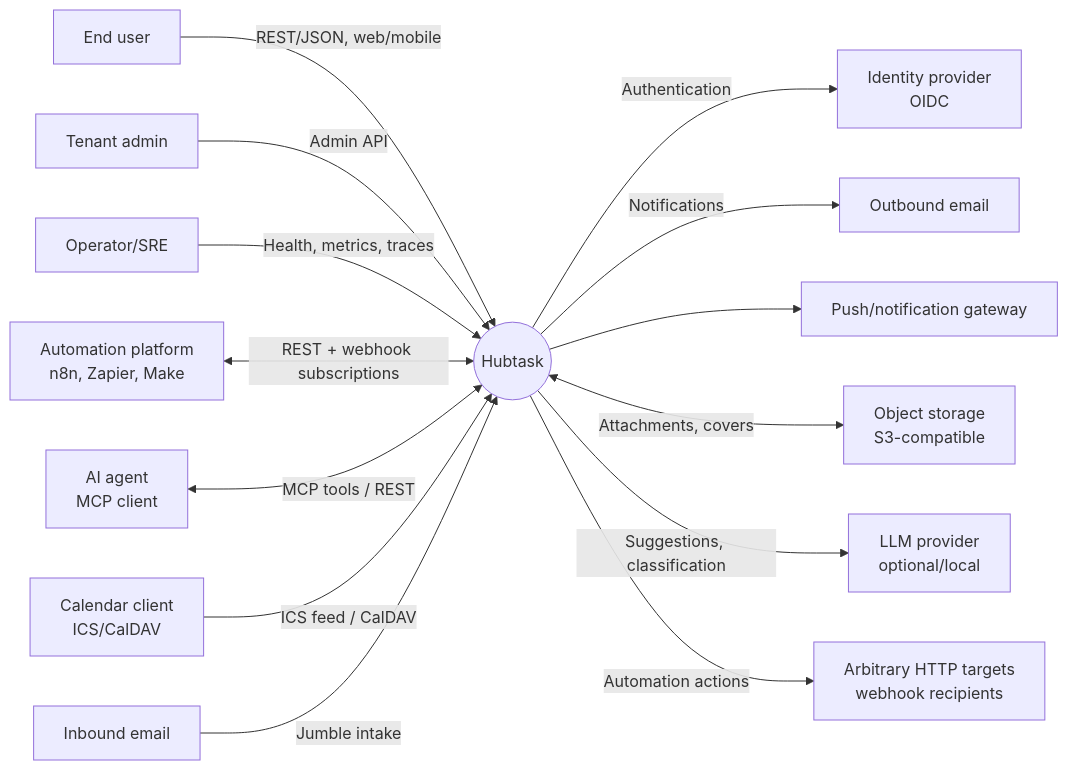
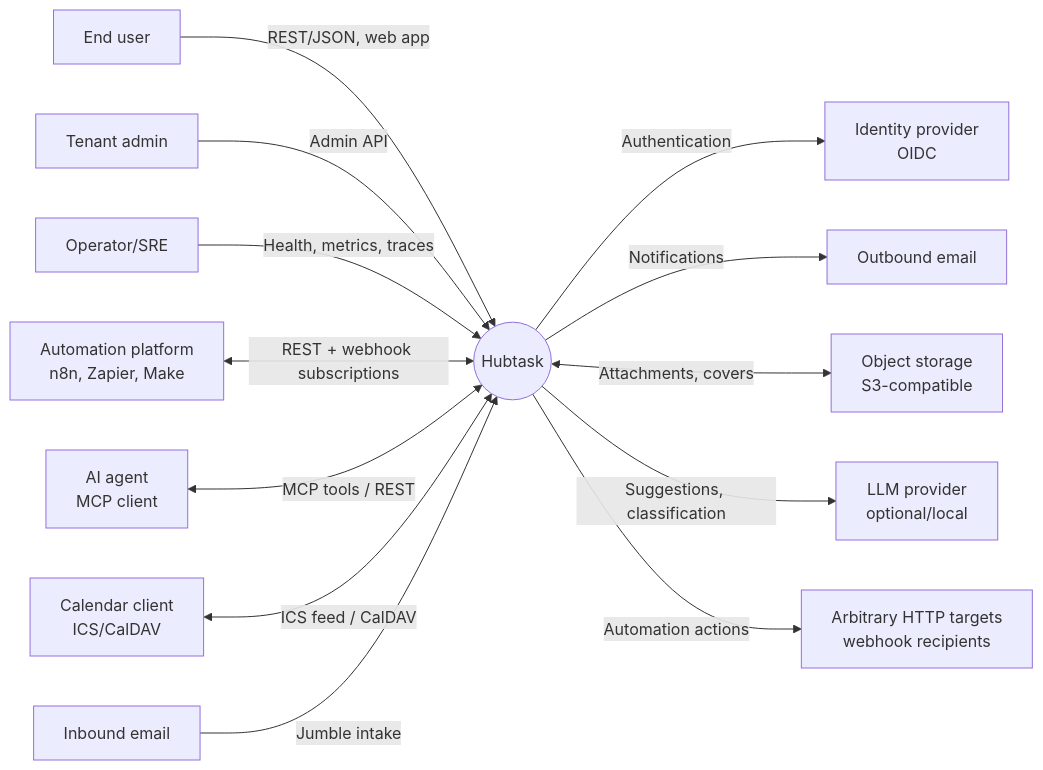
Before and after one commit to Jersyfi/hubtask: the first of 7 diagrams in docs/architecture/arc42.md, drawn with Mermaid. The commit also changed other lines of this file and 1979 other files, not shown here.

````diff
--- a/docs/architecture/arc42.md
+++ b/docs/architecture/arc42.md
@@ -170,32 +175,30 @@
 ```mermaid
 graph LR
   U[End user]
   ADMIN[Tenant admin]
   OPS[Operator/SRE]
   AUTO[Automation platform<br/>n8n, Zapier, Make]
   AGENT[AI agent<br/>MCP client]
   CAL[Calendar client<br/>ICS/CalDAV]
   MAIL[Inbound email]
   IDP[Identity provider<br/>OIDC]
   SMTP[Outbound email]
-  PUSH[Push/notification gateway]
   OBJ[Object storage<br/>S3-compatible]
   LLM[LLM provider<br/>optional/local]
   EXT[Arbitrary HTTP targets<br/>webhook recipients]
 
   HT((Hubtask))
 
-  U -->|REST/JSON, web/mobile| HT
+  U -->|REST/JSON, web app| HT
   ADMIN -->|Admin API| HT
   OPS -->|Health, metrics, traces| HT
   AUTO <-->|REST + webhook subscriptions| HT
   AGENT <-->|MCP tools / REST| HT
-  CAL -->|ICS feed / CalDAV| HT
+  CAL <-->|ICS feed / CalDAV| HT
   MAIL -->|Jumble intake| HT
   HT -->|Authentication| IDP
   HT -->|Notifications| SMTP
-  HT --> PUSH
   HT <-->|Attachments, covers| OBJ
   HT -->|Suggestions, classification| LLM
   HT -->|Automation actions| EXT
 ```
````
